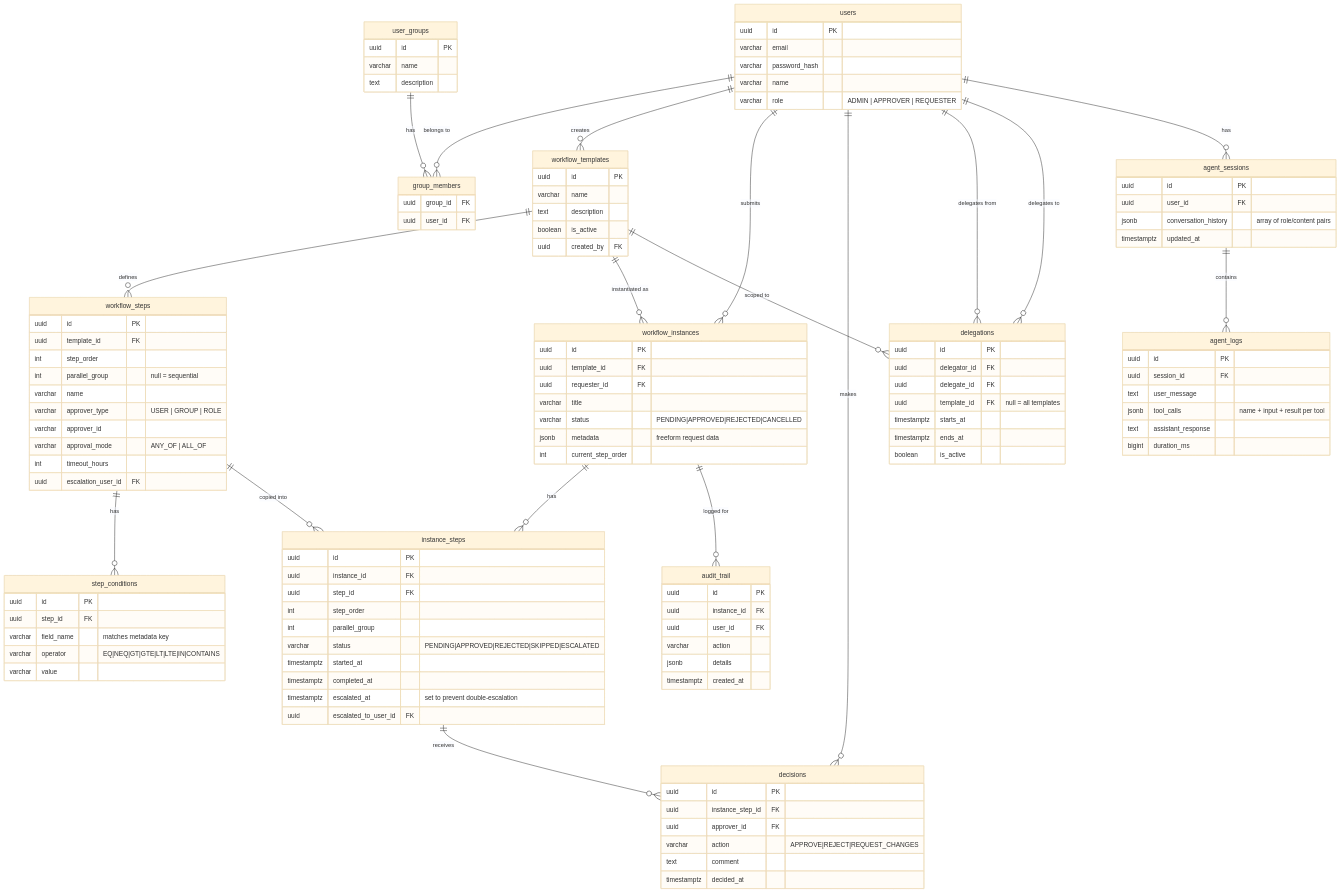
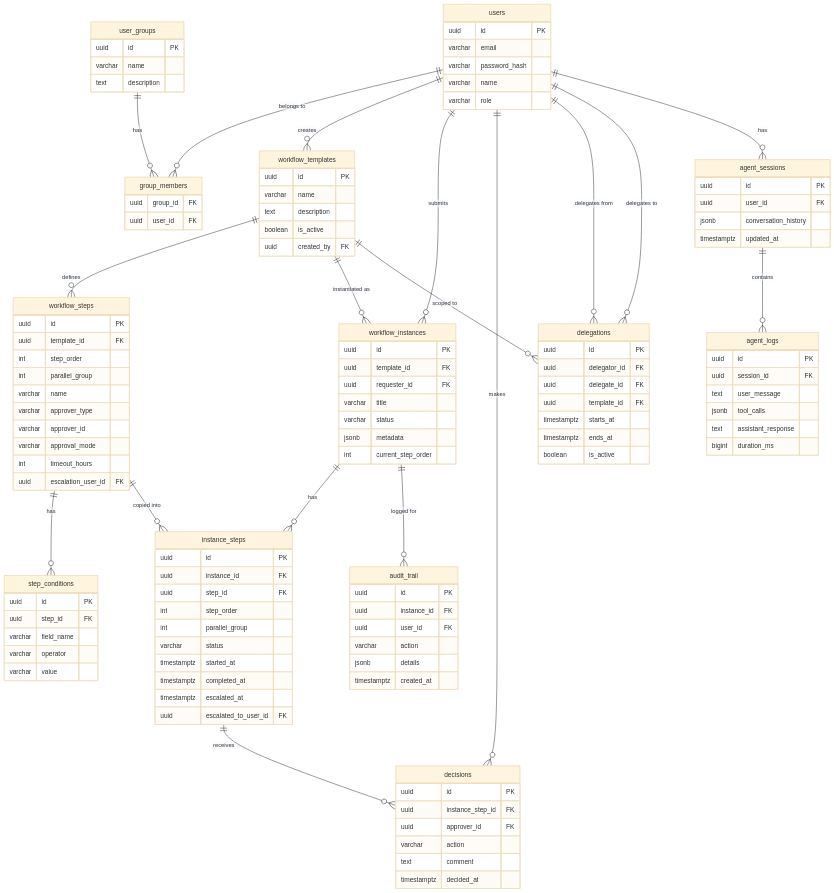
One commit to yan-wang-home/ascend-workflow-engine changed the fourth of 9 diagrams in DIAGRAMS.md. Above: the diagram before and after it, drawn with Mermaid (base theme). The commit also changed other lines of this file and 3 other files, not shown here.

First line of the commit message:
Simplify diagrams, merge Normal Flow, fix README cleanup commands

````diff
--- a/DIAGRAMS.md
+++ b/DIAGRAMS.md
@@ -189,11 +191,12 @@
 ```mermaid
 erDiagram
+    %% ── Identity ──────────────────────────────────────────
     users {
         uuid id PK
         varchar email
         varchar password_hash
         varchar name
-        varchar role "ADMIN | APPROVER | REQUESTER"
+        varchar role
     }
 
     user_groups {
@@ -207,6 +210,7 @@
         uuid user_id FK
     }
 
+    %% ── Template — design-time ────────────────────────────
     workflow_templates {
         uuid id PK
         varchar name
@@ -219,11 +223,11 @@
         uuid id PK
         uuid template_id FK
         int step_order
-        int parallel_group "null = sequential"
+        int parallel_group
         varchar name
-        varchar approver_type "USER | GROUP | ROLE"
+        varchar approver_type
         varchar approver_id
-        varchar approval_mode "ANY_OF | ALL_OF"
+        varchar approval_mode
         int timeout_hours
         uuid escalation_user_id FK
     }
@@ -231,18 +235,19 @@
     step_conditions {
         uuid id PK
         uuid step_id FK
-        varchar field_name "matches metadata key"
-        varchar operator "EQ|NEQ|GT|GTE|LT|LTE|IN|CONTAINS"
+        varchar field_name
+        varchar operator
         varchar value
     }
 
+    %% ── Execution — runtime ───────────────────────────────
     workflow_instances {
         uuid id PK
         uuid template_id FK
         uuid requester_id FK
         varchar title
-        varchar status "PENDING|APPROVED|REJECTED|CANCELLED"
-        jsonb metadata "freeform request data"
+        varchar status
+        jsonb metadata
         int current_step_order
     }
 
@@ -252,10 +257,10 @@
         uuid step_id FK
         int step_order
         int parallel_group
-        varchar status "PENDING|APPROVED|REJECTED|SKIPPED|ESCALATED"
+        varchar status
         timestamptz started_at
         timestamptz completed_at
-        timestamptz escalated_at "set to prevent double-escalation"
+        timestamptz escalated_at
         uuid escalated_to_user_id FK
     }
 
@@ -263,21 +268,23 @@
         uuid id PK
         uuid instance_step_id FK
         uuid approver_id FK
-        varchar action "APPROVE|REJECT|REQUEST_CHANGES"
+        varchar action
         text comment
         timestamptz decided_at
     }
 
+    %% ── Delegation ────────────────────────────────────────
     delegations {
         uuid id PK
         uuid delegator_id FK
         uuid delegate_id FK
-        uuid template_id FK "null = all templates"
+        uuid template_id FK
         timestamptz starts_at
         timestamptz ends_at
         boolean is_active
     }
 
+    %% ── System ────────────────────────────────────────────
     audit_trail {
         uuid id PK
         uuid instance_id FK
@@ -290,7 +297,7 @@
     agent_sessions {
         uuid id PK
         uuid user_id FK
-        jsonb conversation_history "array of role/content pairs"
+        jsonb conversation_history
         timestamptz updated_at
     }
 
@@ -298,7 +305,7 @@
         uuid id PK
         uuid session_id FK
         text user_message
-        jsonb tool_calls "name + input + result per tool"
+        jsonb tool_calls
         text assistant_response
         bigint duration_ms
     }
````
